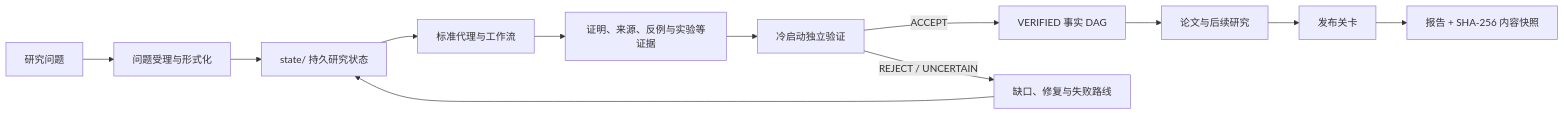
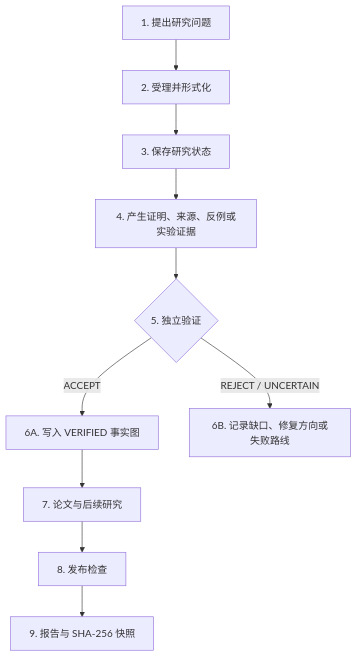
One commit to f0909172434/proofweave-math-lab changed the diagram in README.zh-CN.md. Above: the diagram before and after it, drawn with Mermaid. The commit also changed other lines of this file and 3 other files, not shown here.

Commit message:
Improve README diagram readability

````diff
--- a/README.zh-CN.md
+++ b/README.zh-CN.md
@@ -106,14 +106,12 @@
 ```mermaid
-flowchart LR
-    U["研究问题"] --> I["问题受理与形式化"]
-    I --> S["state/ 持久研究状态"]
-    S --> W["标准代理与工作流"]
-    W --> E["证明、来源、反例与实验等证据"]
-    E --> V["冷启动独立验证"]
-    V -->|"ACCEPT"| G["VERIFIED 事实 DAG"]
-    V -->|"REJECT / UNCERTAIN"| O["缺口、修复与失败路线"]
-    G --> P["论文与后续研究"]
-    O --> S
-    P --> R["发布关卡"]
-    R --> M["报告 + SHA-256 内容快照"]
+flowchart TB
+    A["1. 提出研究问题"] --> B["2. 受理并形式化"]
+    B --> C["3. 保存研究状态"]
+    C --> D["4. 产生证明、来源、反例或实验证据"]
+    D --> E{"5. 独立验证"}
+    E -->|"ACCEPT"| F["6A. 写入 VERIFIED 事实图"]
+    E -->|"REJECT / UNCERTAIN"| G["6B. 记录缺口、修复方向或失败路线"]
+    F --> H["7. 论文与后续研究"]
+    H --> I["8. 发布检查"]
+    I --> J["9. 报告与 SHA-256 快照"]
 ```
````
